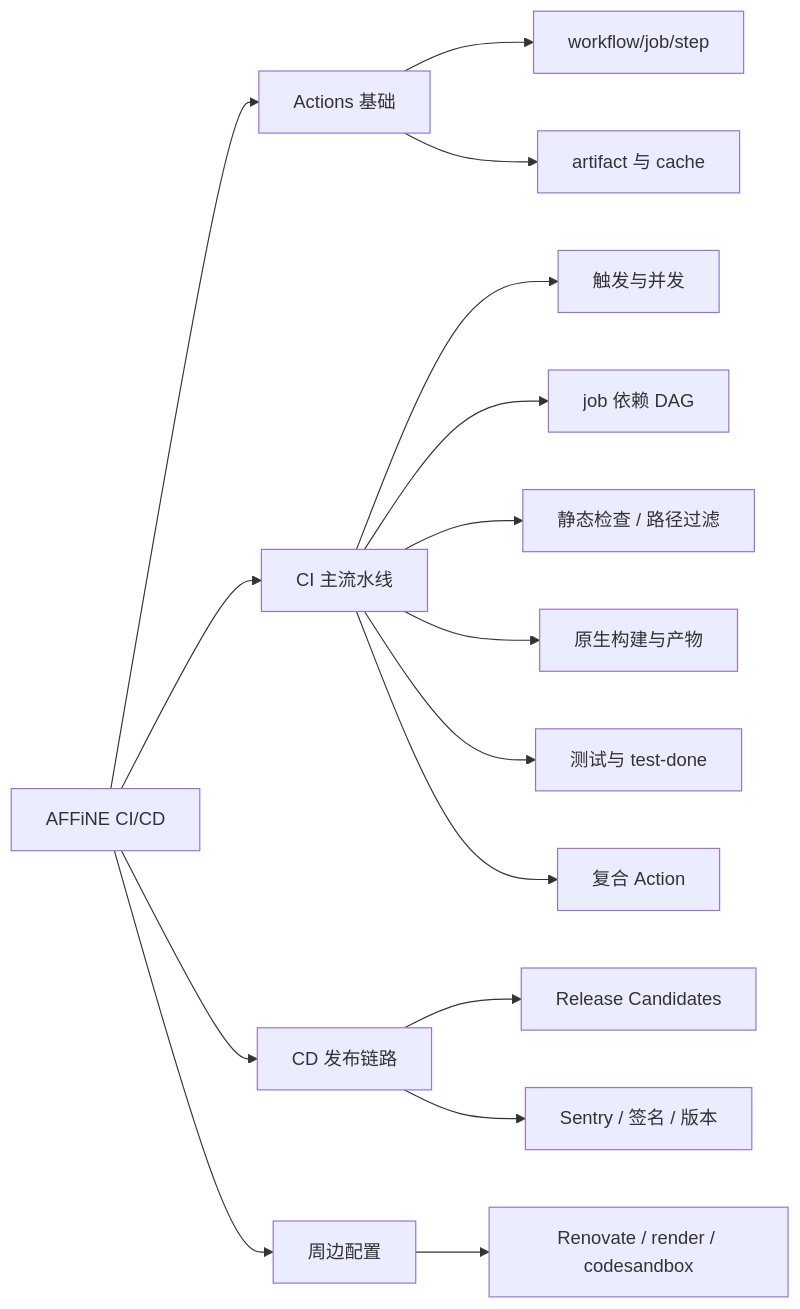
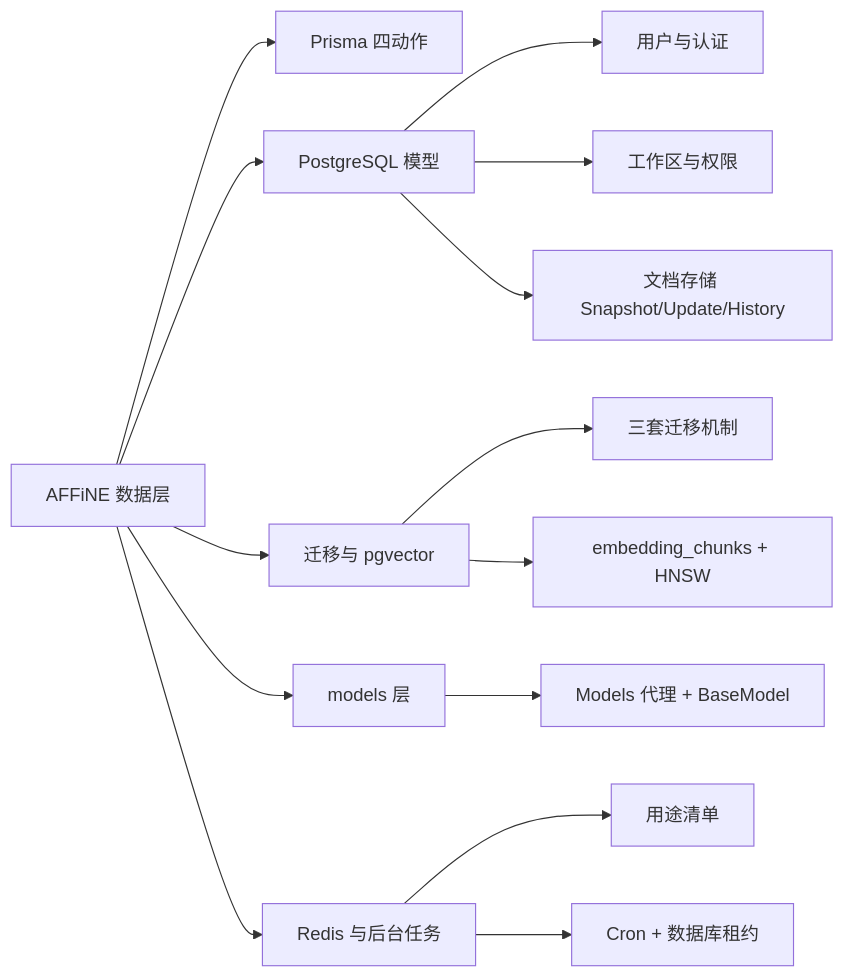
Before and after one commit to lfire/AFFiNE: the first of 6 diagrams in learning-guide/slides/decks/26.md, drawn with Mermaid. The commit also changed other lines of this file and 73 other files, not shown here.

````diff
--- a/learning-guide/slides/decks/26.md
+++ b/learning-guide/slides/decks/26.md
@@ -33,18 +33,16 @@
 ```mermaid
 flowchart LR
-  ROOT["AFFiNE CI/CD"] --> B["Actions 基础"]
-  ROOT --> CI["CI 主流水线"]
-  ROOT --> CD["CD 发布链路"]
-  ROOT --> E["周边配置"]
-  B --> B1["workflow/job/step"]
-  B --> B2["artifact 与 cache"]
-  CI --> C1["触发与并发"]
-  CI --> C2["job 依赖 DAG"]
-  CI --> C3["静态检查 / 路径过滤"]
-  CI --> C4["原生构建与产物"]
-  CI --> C5["测试与 test-done"]
-  CI --> C6["复合 Action"]
-  CD --> D1["Release Candidates"]
-  CD --> D2["Sentry / 签名 / 版本"]
-  E --> E1["Renovate / render / codesandbox"]
+  ROOT["AFFiNE 数据层"] --> P["Prisma 四动作"]
+  ROOT --> M["PostgreSQL 模型"]
+  ROOT --> I["迁移与 pgvector"]
+  ROOT --> L["models 层"]
+  ROOT --> R["Redis 与后台任务"]
+  M --> M1["用户与认证"]
+  M --> M2["工作区与权限"]
+  M --> M3["文档存储 Snapshot/Update/History"]
+  I --> I1["三套迁移机制"]
+  I --> I2["embedding_chunks + HNSW"]
+  L --> L1["Models 代理 + BaseModel"]
+  R --> R1["用途清单"]
+  R --> R2["Cron + 数据库租约"]
 ```
````
